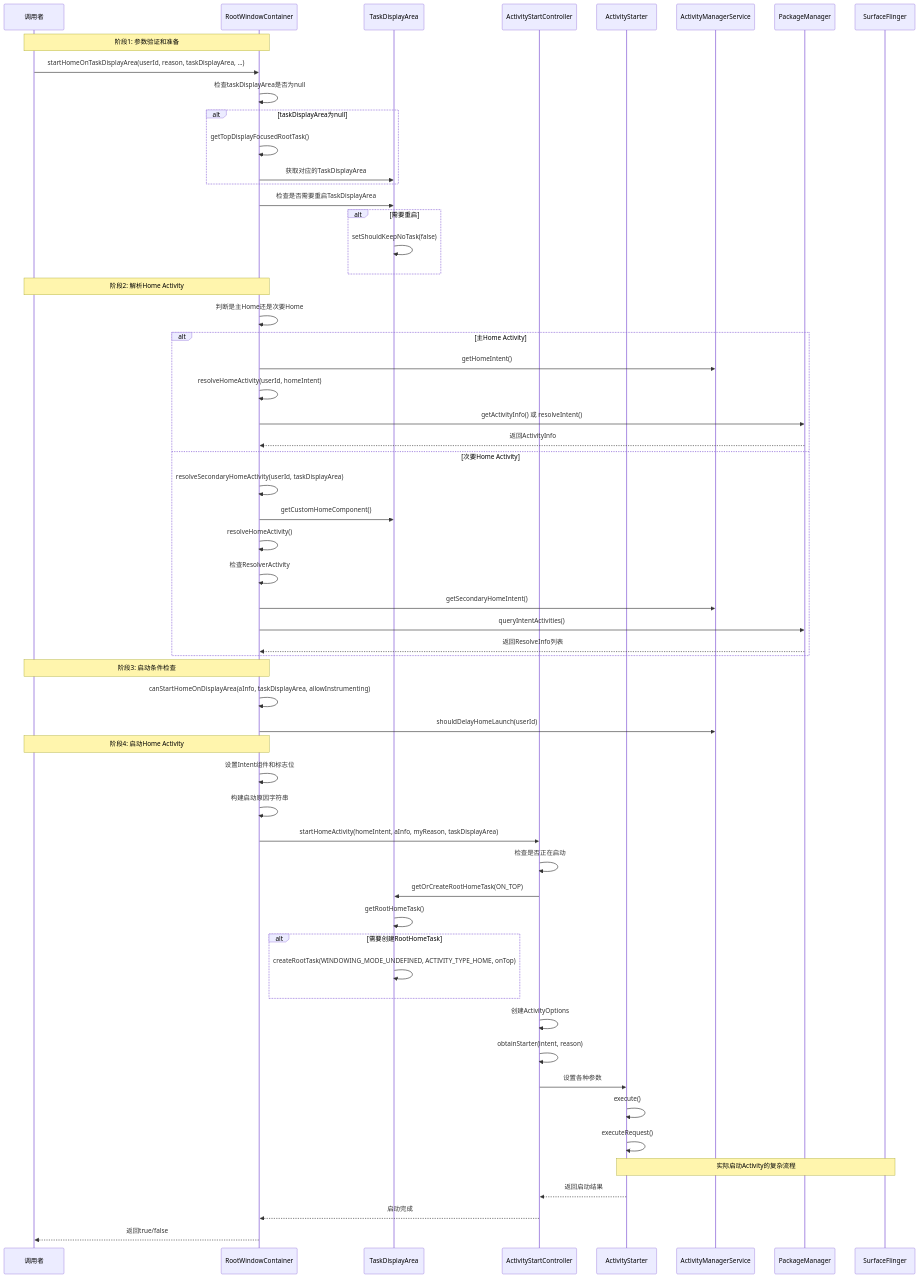
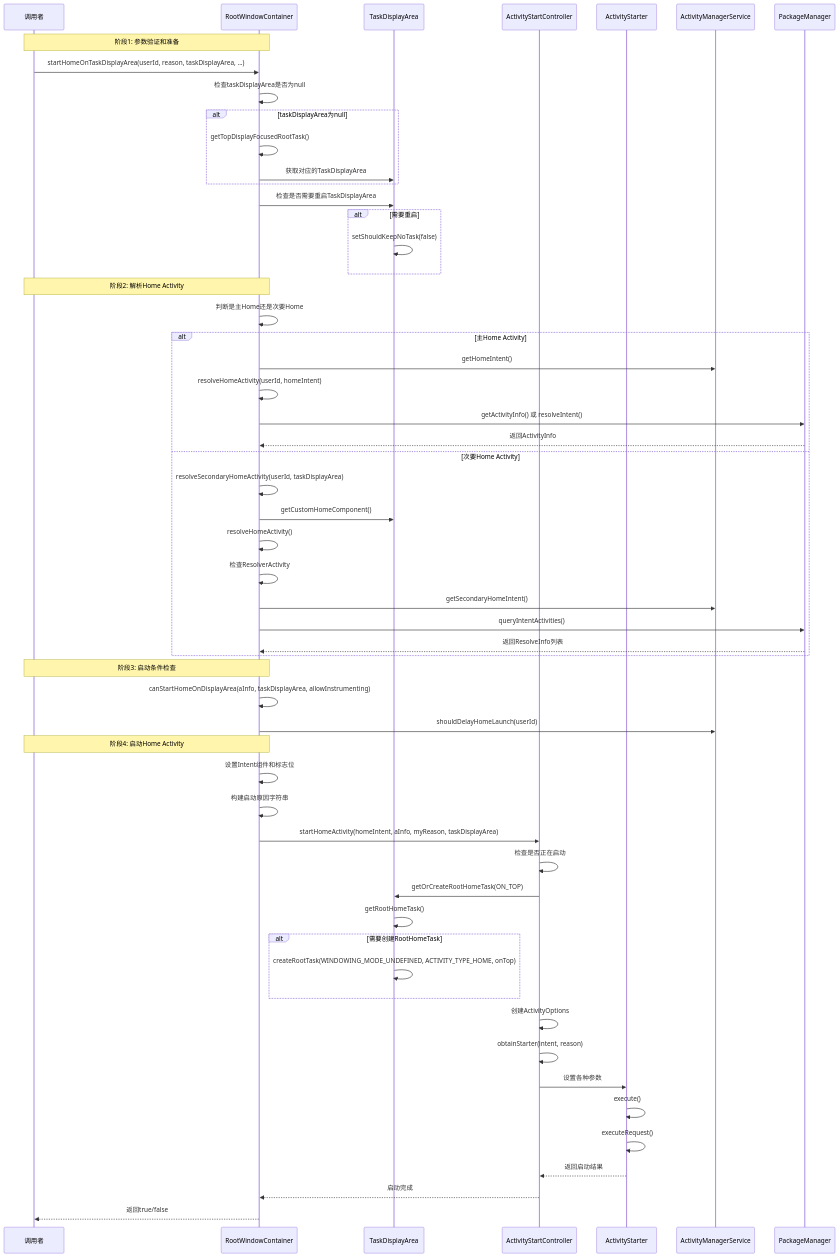
Before and after one commit to yuchuangu85/AOSP_Frameworks: the second of 4 diagrams in docs/RootWindowContainerAnalysis.md, drawn with Mermaid. The commit also changed other lines of this file and 21 other files, not shown here.

````diff
--- a/docs/RootWindowContainerAnalysis.md
+++ b/docs/RootWindowContainerAnalysis.md
@@ -59,68 +61,66 @@
 ```mermaid
 sequenceDiagram
     participant Caller as 调用者
     participant RWC as RootWindowContainer
     participant TDA as TaskDisplayArea
     participant AS as ActivityStartController
     participant AS2 as ActivityStarter
     participant AMS as ActivityManagerService
     participant PM as PackageManager
-    participant SF as SurfaceFlinger
     
     Note over Caller,RWC: 阶段1: 参数验证和准备
     Caller->>RWC: startHomeOnTaskDisplayArea(userId, reason, taskDisplayArea, ...)
     RWC->>RWC: 检查taskDisplayArea是否为null
     alt taskDisplayArea为null
         RWC->>RWC: getTopDisplayFocusedRootTask()
         RWC->>TDA: 获取对应的TaskDisplayArea
     end
     
     RWC->>TDA: 检查是否需要重启TaskDisplayArea
     alt 需要重启
         TDA->>TDA: setShouldKeepNoTask(false)
     end
     
     Note over Caller,RWC: 阶段2: 解析Home Activity
     RWC->>RWC: 判断是主Home还是次要Home
     alt 主Home Activity
         RWC->>AMS: getHomeIntent()
         RWC->>RWC: resolveHomeActivity(userId, homeIntent)
         RWC->>PM: getActivityInfo() 或 resolveIntent()
         PM-->>RWC: 返回ActivityInfo
     else 次要Home Activity
         RWC->>RWC: resolveSecondaryHomeActivity(userId, taskDisplayArea)
         RWC->>TDA: getCustomHomeComponent()
         RWC->>RWC: resolveHomeActivity()
         RWC->>RWC: 检查ResolverActivity
         RWC->>AMS: getSecondaryHomeIntent()
         RWC->>PM: queryIntentActivities()
         PM-->>RWC: 返回ResolveInfo列表
     end
     
     Note over Caller,RWC: 阶段3: 启动条件检查
     RWC->>RWC: canStartHomeOnDisplayArea(aInfo, taskDisplayArea, allowInstrumenting)
     RWC->>AMS: shouldDelayHomeLaunch(userId)
     
     Note over Caller,RWC: 阶段4: 启动Home Activity
     RWC->>RWC: 设置Intent组件和标志位
     RWC->>RWC: 构建启动原因字符串
     RWC->>AS: startHomeActivity(homeIntent, aInfo, myReason, taskDisplayArea)
     
     AS->>AS: 检查是否正在启动
     AS->>TDA: getOrCreateRootHomeTask(ON_TOP)
     TDA->>TDA: getRootHomeTask()
     alt 需要创建RootHomeTask
         TDA->>TDA: createRootTask(WINDOWING_MODE_UNDEFINED, ACTIVITY_TYPE_HOME, onTop)
     end
     
     AS->>AS: 创建ActivityOptions
     AS->>AS: obtainStarter(intent, reason)
     AS->>AS2: 设置各种参数
     AS2->>AS2: execute()
     AS2->>AS2: executeRequest()
     
-    Note over AS2,SF: 实际启动Activity的复杂流程
     AS2-->>AS: 返回启动结果
     AS-->>RWC: 启动完成
     RWC-->>Caller: 返回true/false
 ```
````
